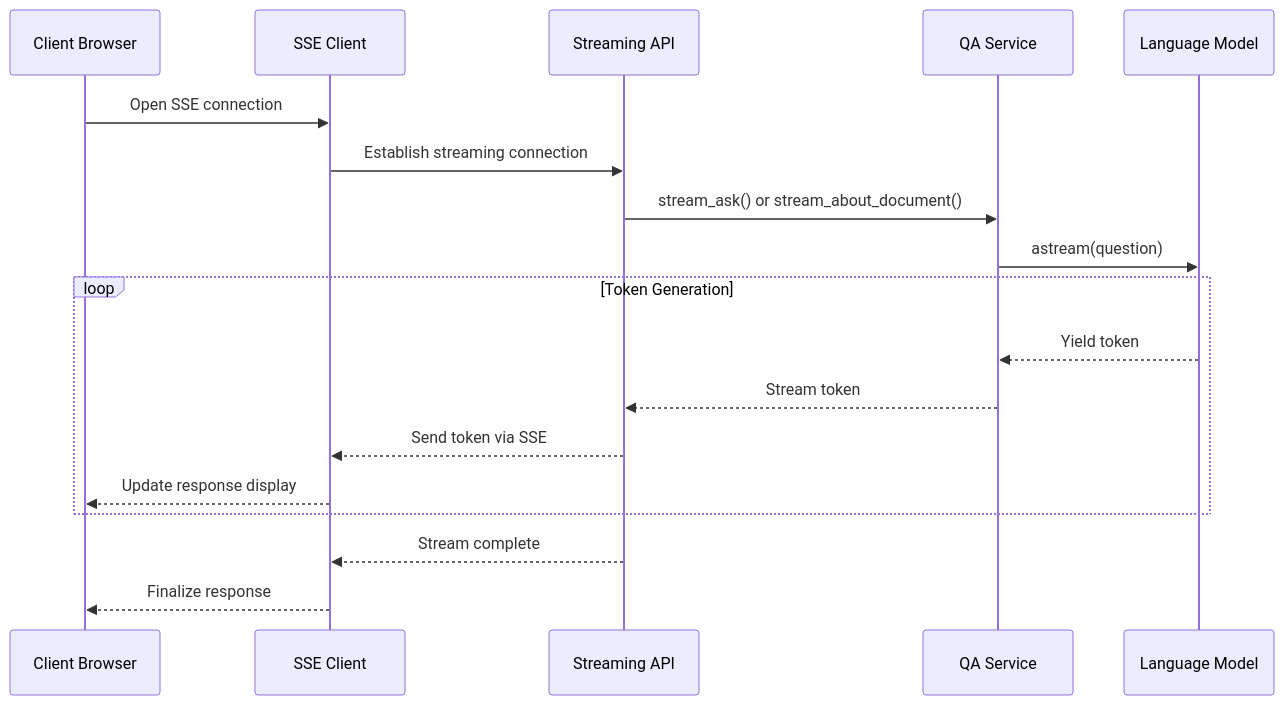
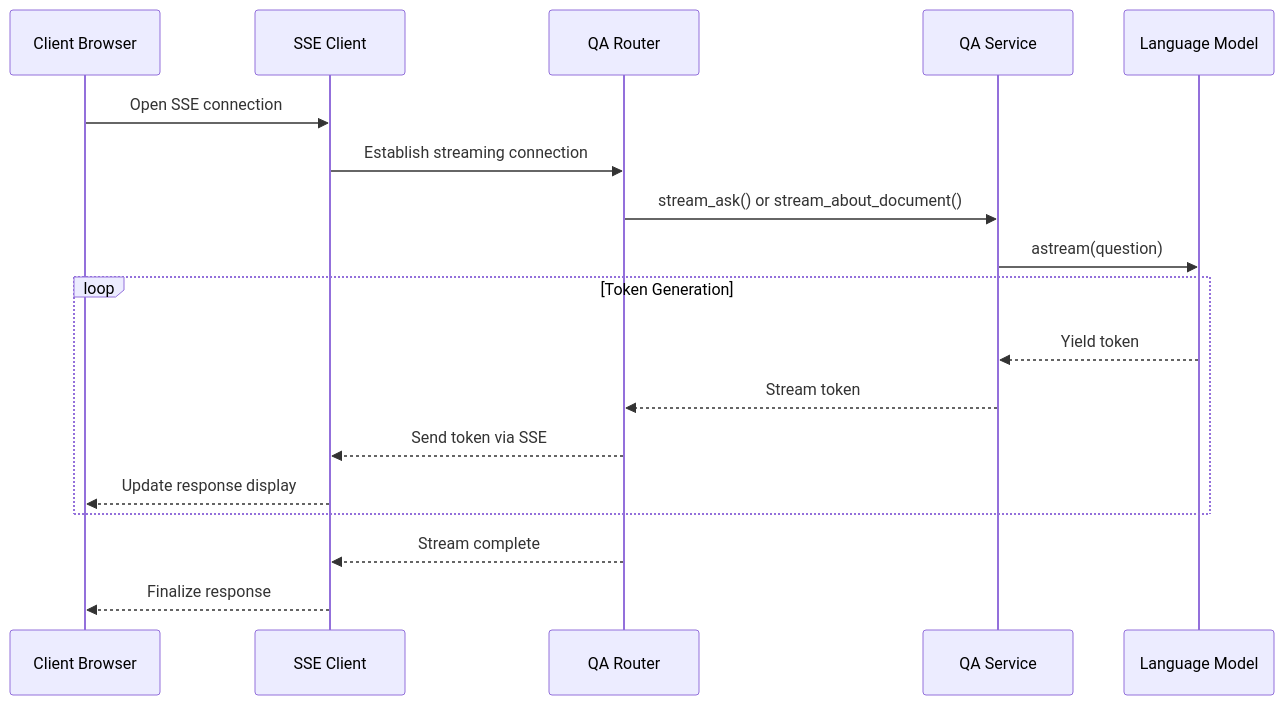
One commit to ognelis/cafetera_hr_bot changed diagram 19 of 26 in .qoder/repowiki/en/content/Document Management System.md. Above: the diagram before and after it, drawn with Mermaid. The commit also changed other lines of this file and 12 other files, not shown here.

````diff
--- a/.qoder/repowiki/en/content/Document Management System.md
+++ b/.qoder/repowiki/en/content/Document Management System.md
@@ -1974,20 +2047,20 @@
 ```mermaid
 sequenceDiagram
 participant Client as Client Browser
 participant SSEClient as SSE Client
-participant API as Streaming API
+participant QARouter as QA Router
 participant QAService as QA Service
 participant LLM as Language Model
 Client->>SSEClient : Open SSE connection
-SSEClient->>API : Establish streaming connection
-API->>QAService : stream_ask() or stream_about_document()
+SSEClient->>QARouter : Establish streaming connection
+QARouter->>QAService : stream_ask() or stream_about_document()
 QAService->>LLM : astream(question)
 loop Token Generation
 LLM-->>QAService : Yield token
-QAService-->>API : Stream token
-API-->>SSEClient : Send token via SSE
+QAService-->>QARouter : Stream token
+QARouter-->>SSEClient : Send token via SSE
 SSEClient-->>Client : Update response display
 end
-API-->>SSEClient : Stream complete
+QARouter-->>SSEClient : Stream complete
 SSEClient-->>Client : Finalize response
 ```
````
